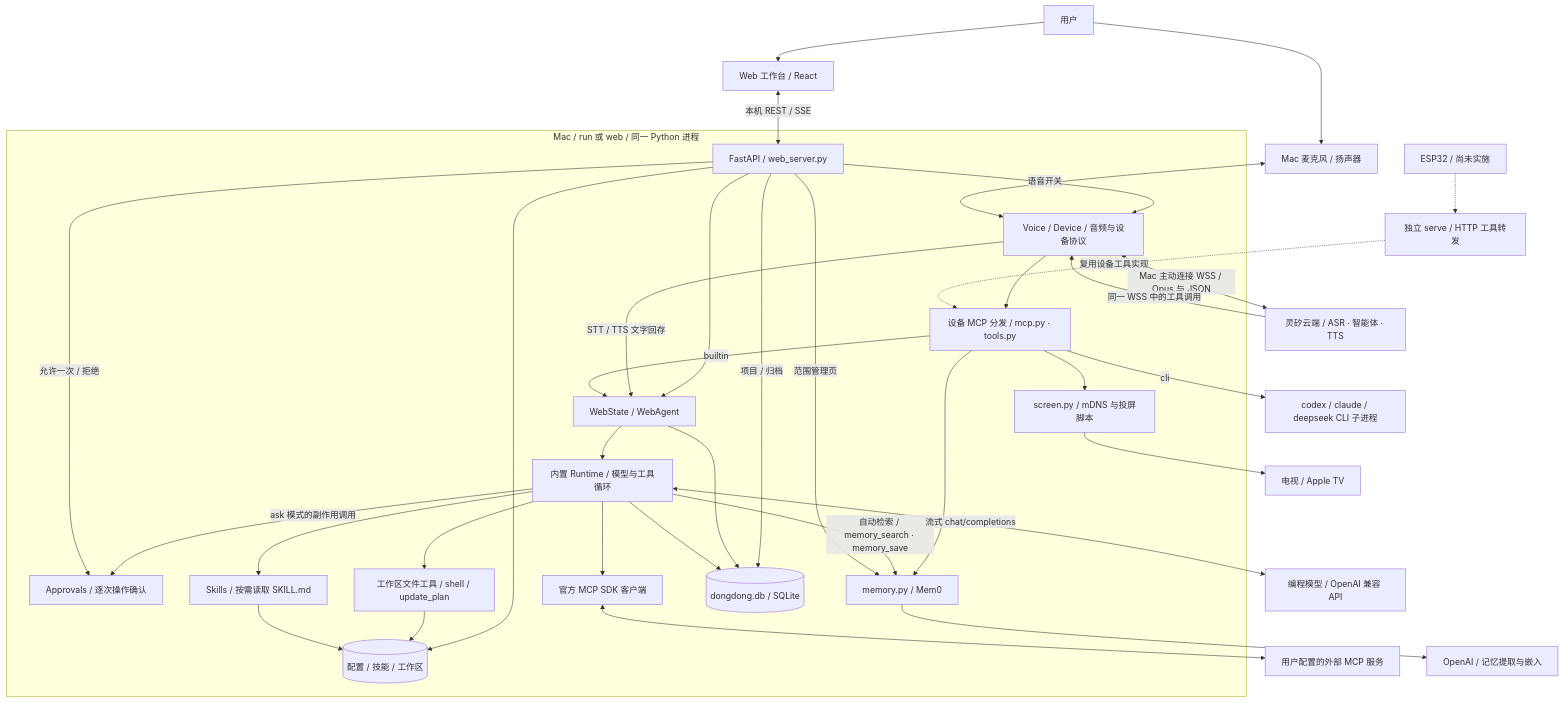
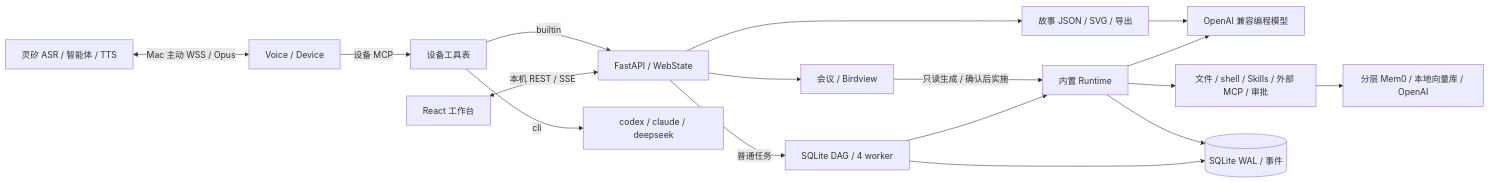
The first of 3 diagrams in docs/architecture.md (ShaoLongFei/dongdong), drawn with Mermaid before and after one commit. The commit also changed other lines of this file and 7 other files, not shown here.

Commit message:
docs: update architecture and project file browsing

````diff
--- a/docs/architecture.md
+++ b/docs/architecture.md
@@ -15,58 +10,19 @@
 ```mermaid
-flowchart TB
-    User[用户] --> Browser[Web 工作台 / React]
-    User --> Mic[Mac 麦克风 / 扬声器]
-    Linx[灵矽云端 / ASR · 智能体 · TTS]
-    Model[编程模型 / OpenAI 兼容 API]
-    Ext[用户配置的外部 MCP 服务]
-    CLI[codex / claude / deepseek CLI 子进程]
-    TV[电视 / Apple TV]
-    OpenAI[OpenAI / 记忆提取与嵌入]
-
-    subgraph Mac[Mac / run 或 web / 同一 Python 进程]
-        API[FastAPI / web_server.py]
-        Web[WebState / WebAgent]
-        Voice[Voice / Device / 音频与设备协议]
-        DeviceTools[设备 MCP 分发 / mcp.py · tools.py]
-        Runtime[内置 Runtime / 模型与工具循环]
-        Gate[Approvals / 逐次操作确认]
-        Builtin[工作区文件工具 / shell / update_plan]
-        Skill[Skills / 按需读取 SKILL.md]
-        Client[官方 MCP SDK 客户端]
-        Screen[screen.py / mDNS 与投屏脚本]
-        Memory[memory.py / Mem0]
-        DB[(dongdong.db / SQLite)]
-        Files[(配置 / 技能 / 工作区)]
-    end
-
-    Browser <-->|本机 REST / SSE| API
-    API --> Web
-    API -->|语音开关| Voice
-    Voice -->|STT / TTS 文字回存| Web
-    Mic <--> Voice
-    Voice <-->|Mac 主动连接 WSS / Opus 与 JSON| Linx
-    Linx -->|同一 WSS 中的工具调用| Voice
-    Voice --> DeviceTools
-    DeviceTools -->|builtin| Web
-    DeviceTools -->|cli| CLI
-    DeviceTools --> Screen --> TV
-    DeviceTools --> Memory --> OpenAI
-    Runtime -->|自动检索 / memory_search · memory_save| Memory
-    API -->|项目 / 归档| DB
-    API -->|范围管理页| Memory
-    Web --> Runtime
-    Runtime <-->|流式 chat/completions| Model
-    Runtime -->|ask 模式的副作用调用| Gate
-    API -->|允许一次 / 拒绝| Gate
-    Runtime --> Builtin
-    Runtime --> Skill
-    Runtime --> Client <--> Ext
-    Web --> DB
+flowchart LR
+    UI[React 工作台] <-->|本机 REST / SSE| Host[FastAPI / WebState]
+    Cloud[灵矽 ASR / 智能体 / TTS] <-->|Mac 主动 WSS / Opus| Voice[Voice / Device]
+    Voice -->|设备 MCP| Tools[设备工具表]
+    Tools -->|builtin| Host
+    Tools -->|cli| CLI[codex / claude / deepseek]
+    Host -->|普通任务| Scheduler[SQLite DAG / 4 worker]
+    Scheduler --> Runtime[内置 Runtime]
+    Host --> Meeting[会议 / Birdview]
+    Meeting -->|只读生成 / 确认后实施| Runtime
+    Host --> Story[故事 JSON / SVG / 导出]
+    Runtime --> Model[OpenAI 兼容编程模型]
+    Story --> Model
+    Runtime --> Cap[文件 / shell / Skills / 外部 MCP / 审批]
+    Scheduler --> DB[(SQLite WAL / 事件)]
     Runtime --> DB
-    API --> Files
-    Builtin --> Files
-    Skill --> Files
-
-    ESP[ESP32 / 尚未实施] -.-> Bridge[独立 serve / HTTP 工具转发]
-    Bridge -.->|复用设备工具实现| DeviceTools
+    Cap --> Memory[分层 Mem0 / 本地向量库 / OpenAI]
 ```
````
